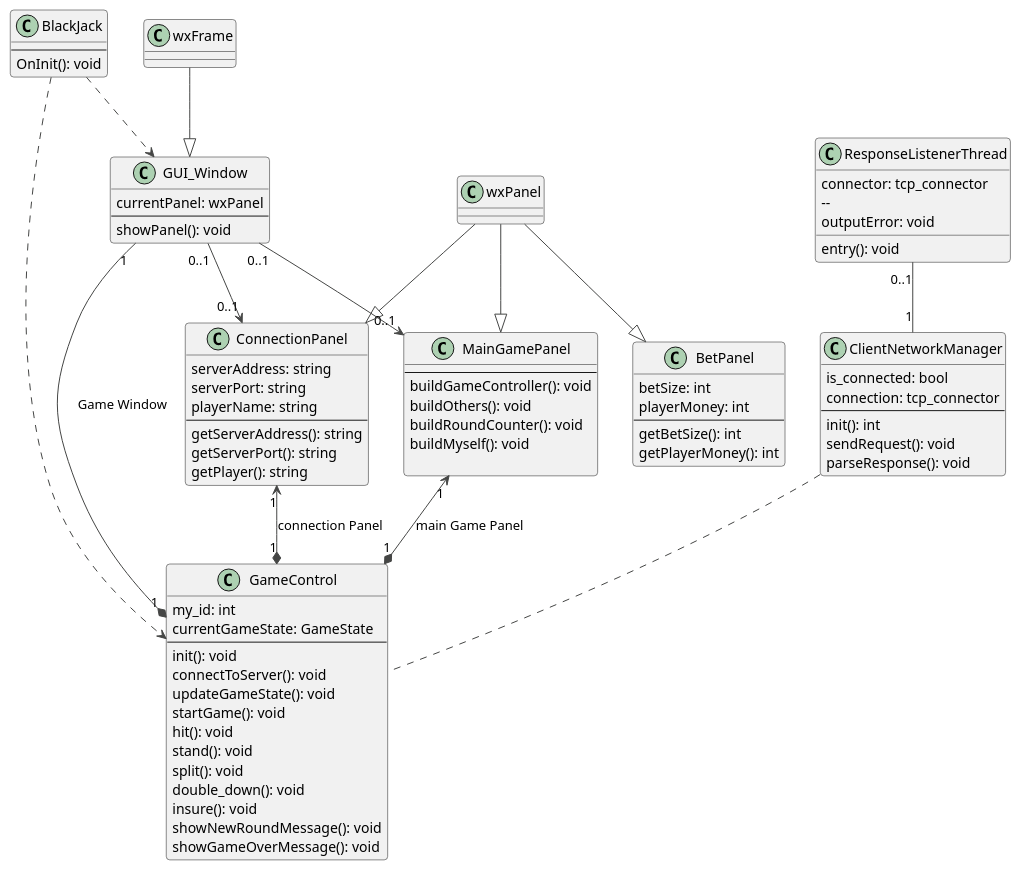
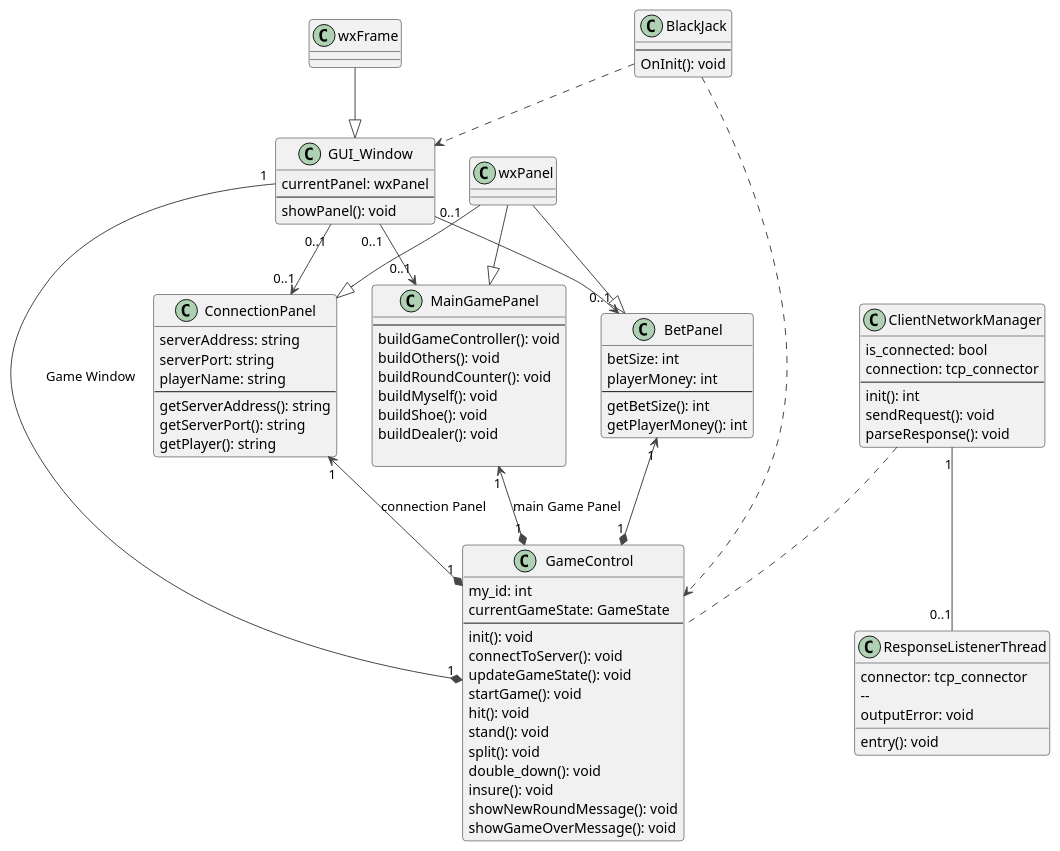
Before and after one commit to luca-commits/blackjack: the diagram in sds/plant_codes/cs_classdiag_alt_1.puml, drawn with PlantUML. The commit also changed 4 other files, not shown here.

```diff
--- a/sds/plant_codes/cs_classdiag_alt_1.puml
+++ b/sds/plant_codes/cs_classdiag_alt_1.puml
@@ -1,105 +1,109 @@
 @startuml "Client&Server_communication"
 !theme vibrant
 ' !theme plain
 
 ' page 2x1
 
 class BlackJack{
     --
     OnInit(): void
 }
 
 class GameControl{
     my_id: int 
     currentGameState: GameState
     --
     init(): void
     connectToServer(): void
     updateGameState(): void
     startGame(): void
     hit(): void
     stand(): void
     split(): void
     double_down(): void
     insure(): void
     showNewRoundMessage(): void
     showGameOverMessage(): void
 }
 class GUI_Window{
     currentPanel: wxPanel
     --
     showPanel(): void
 }
 
 
 
 class ConnectionPanel{
     serverAddress: string
     serverPort: string
     playerName: string
     --
     getServerAddress(): string
     getServerPort(): string
     getPlayer(): string
 }
 
 class BetPanel{
     betSize: int
     playerMoney: int
     --
     getBetSize(): int
     getPlayerMoney(): int
 }
 
 Class MainGamePanel{
     --
     buildGameController(): void
     buildOthers(): void
     buildRoundCounter(): void
     buildMyself(): void
+    buildShoe(): void
+    buildDealer(): void
 
 }
 
 
 Class ClientNetworkManager{
     is_connected: bool
     connection: tcp_connector 
     --
     init(): int
     sendRequest(): void
     parseResponse(): void 
 }
 
 Class ResponseListenerThread{
     connector: tcp_connector
     -- 
     entry(): void
     outputError: void
 }
 
 
 
 
 BlackJack ..> GameControl
 BlackJack ..> GUI_Window
 
 GUI_Window "0..1" --> "0..1" ConnectionPanel
 GUI_Window "0..1" --> "0..1" MainGamePanel
+GUI_Window "0..1" --> "0..1" BetPanel
 GUI_Window "1" --* "1" GameControl : "Game Window"
 
 ConnectionPanel "1" <--* "1" GameControl :  "connection Panel"
 MainGamePanel "1" <--* "1" GameControl : "main Game Panel"
+BetPanel "1" <--* "1" GameControl
 
 ClientNetworkManager .. GameControl
-ClientNetworkManager "1" -up- "0..1" ResponseListenerThread
+ClientNetworkManager "1" -down- "0..1" ResponseListenerThread
 
 ' ============================
 ' Additional
 wxPanel --|> MainGamePanel
 wxPanel --|> ConnectionPanel
 wxPanel --|> BetPanel
 wxFrame --|> GUI_Window
 
 
 
 @enduml
```
